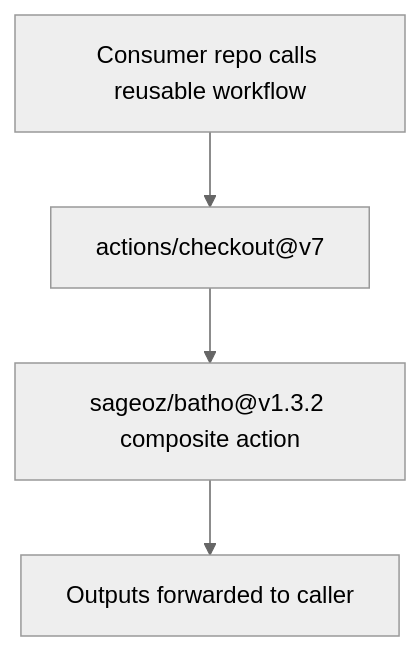
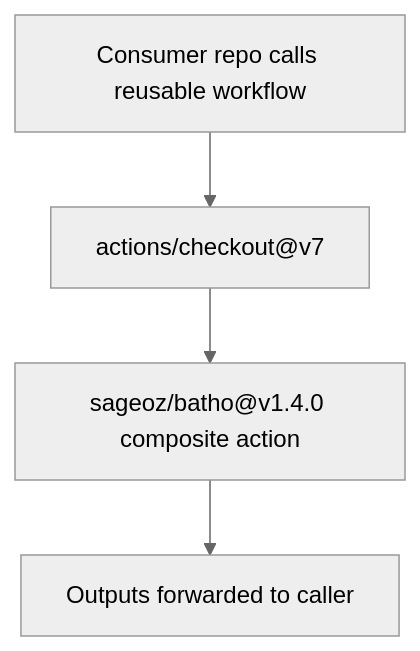
Before and after one commit to sageoz/Batho: the diagram in docs-site/docs/cicd/reusable-workflow.md, drawn with Mermaid (neutral theme). The commit also changed other lines of this file and 18 other files, not shown here.

````diff
--- a/docs-site/docs/cicd/reusable-workflow.md
+++ b/docs-site/docs/cicd/reusable-workflow.md
@@ -7,6 +7,6 @@
 ```mermaid
 flowchart TD
     A["Consumer repo calls reusable workflow"] --> B["actions/checkout@v7"]
-    B --> C["sageoz/batho@v1.3.2 composite action"]
+    B --> C["sageoz/batho@v1.4.0 composite action"]
     C --> D["Outputs forwarded to caller"]
 ```
````
